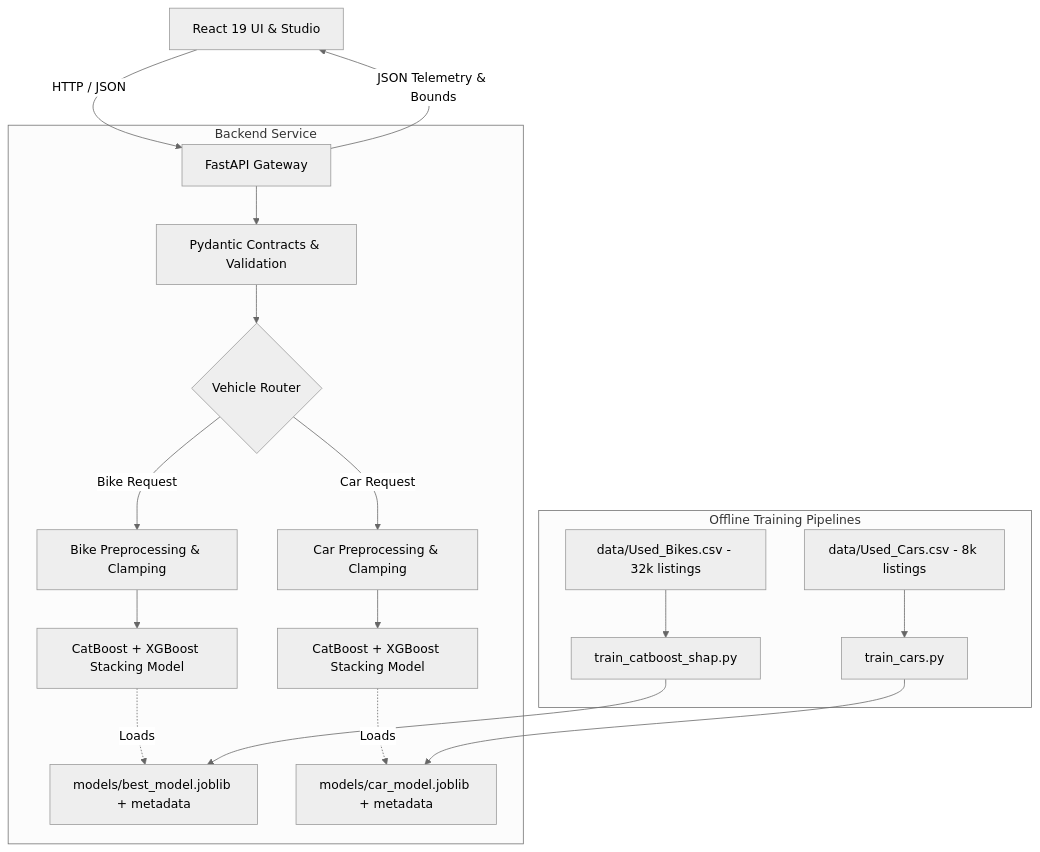
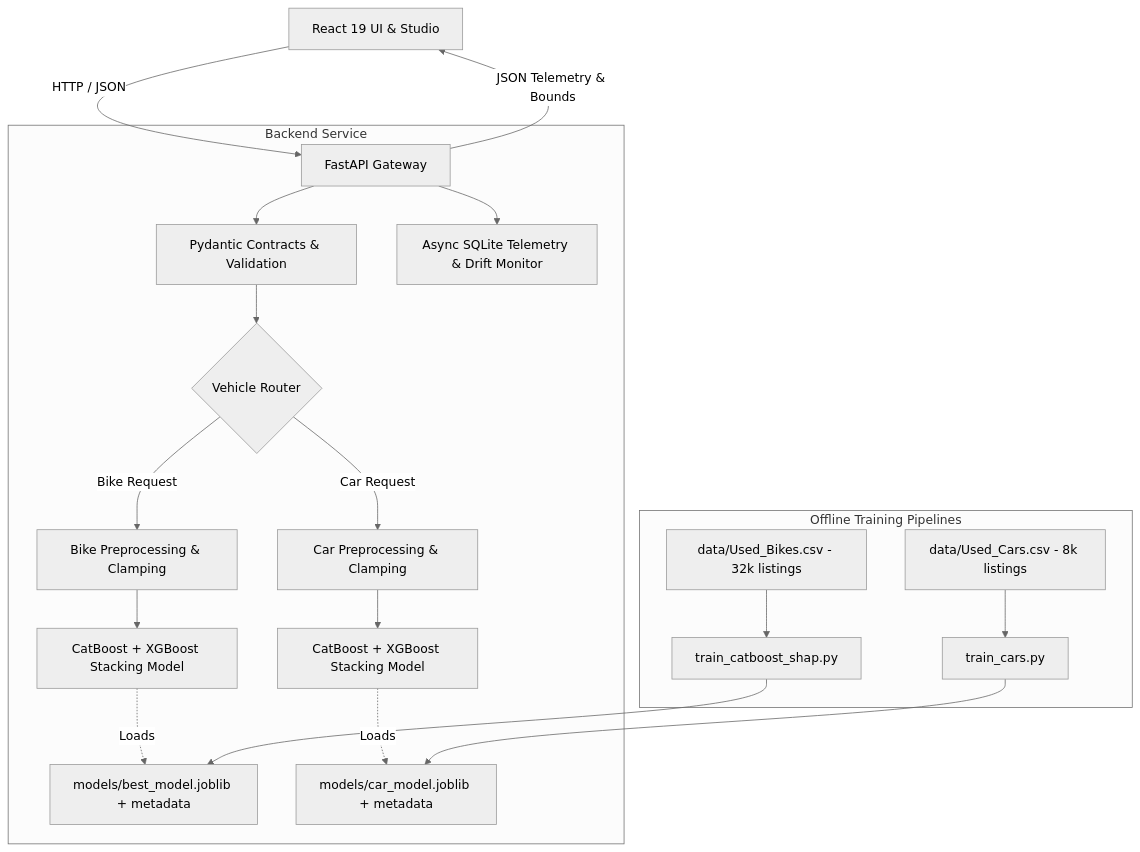
The diagram in architecture/system-overview.md (harshitthek/used-bike-price), drawn with Mermaid (neutral theme) before and after one commit. The commit also changed other lines of this file and 4 other files, not shown here.

````diff
--- a/architecture/system-overview.md
+++ b/architecture/system-overview.md
@@ -14,26 +15,28 @@
 ```mermaid
 graph TD
-    Client[React 19 UI & Studio] -->|HTTP / JSON| API[FastAPI Gateway]
+    Client["React 19 UI & Studio"] -->|HTTP / JSON| API["FastAPI Gateway"]
     
     subgraph Backend Service
-        API --> Contracts[Pydantic Contracts & Validation]
-        Contracts --> Router{Vehicle Router}
-        Router -->|Bike Request| BikePipeline[Bike Preprocessing & Clamping]
-        Router -->|Car Request| CarPipeline[Car Preprocessing & Clamping]
+        API --> Contracts["Pydantic Contracts & Validation"]
+        Contracts --> Router{"Vehicle Router"}
+        Router -->|Bike Request| BikePipeline["Bike Preprocessing & Clamping"]
+        Router -->|Car Request| CarPipeline["Car Preprocessing & Clamping"]
         
-        BikePipeline --> BikeStacker[CatBoost + XGBoost Stacking Model]
-        CarPipeline --> CarStacker[CatBoost + XGBoost Stacking Model]
+        BikePipeline --> BikeStacker["CatBoost + XGBoost Stacking Model"]
+        CarPipeline --> CarStacker["CatBoost + XGBoost Stacking Model"]
         
-        BikeStacker -.->|Loads| BikeArt[models/best_model.joblib + metadata]
-        CarStacker -.->|Loads| CarArt[models/car_model.joblib + metadata]
+        BikeStacker -.->|Loads| BikeArt["models/best_model.joblib + metadata"]
+        CarStacker -.->|Loads| CarArt["models/car_model.joblib + metadata"]
+        
+        API --> Telemetry["Async SQLite Telemetry & Drift Monitor"]
     end
     
     subgraph Offline Training Pipelines
-        BikeData[data/Used_Bikes.csv - 32k listings] --> TrainBikes[train_catboost_shap.py]
-        CarData[data/Used_Cars.csv - 8k listings] --> TrainCars[train_cars.py]
+        BikeData["data/Used_Bikes.csv - 32k listings"] --> TrainBikes["train_catboost_shap.py"]
+        CarData["data/Used_Cars.csv - 8k listings"] --> TrainCars["train_cars.py"]
         TrainBikes --> BikeArt
         TrainCars --> CarArt
     end
     
     API -->|JSON Telemetry & Bounds| Client
 ```
````
